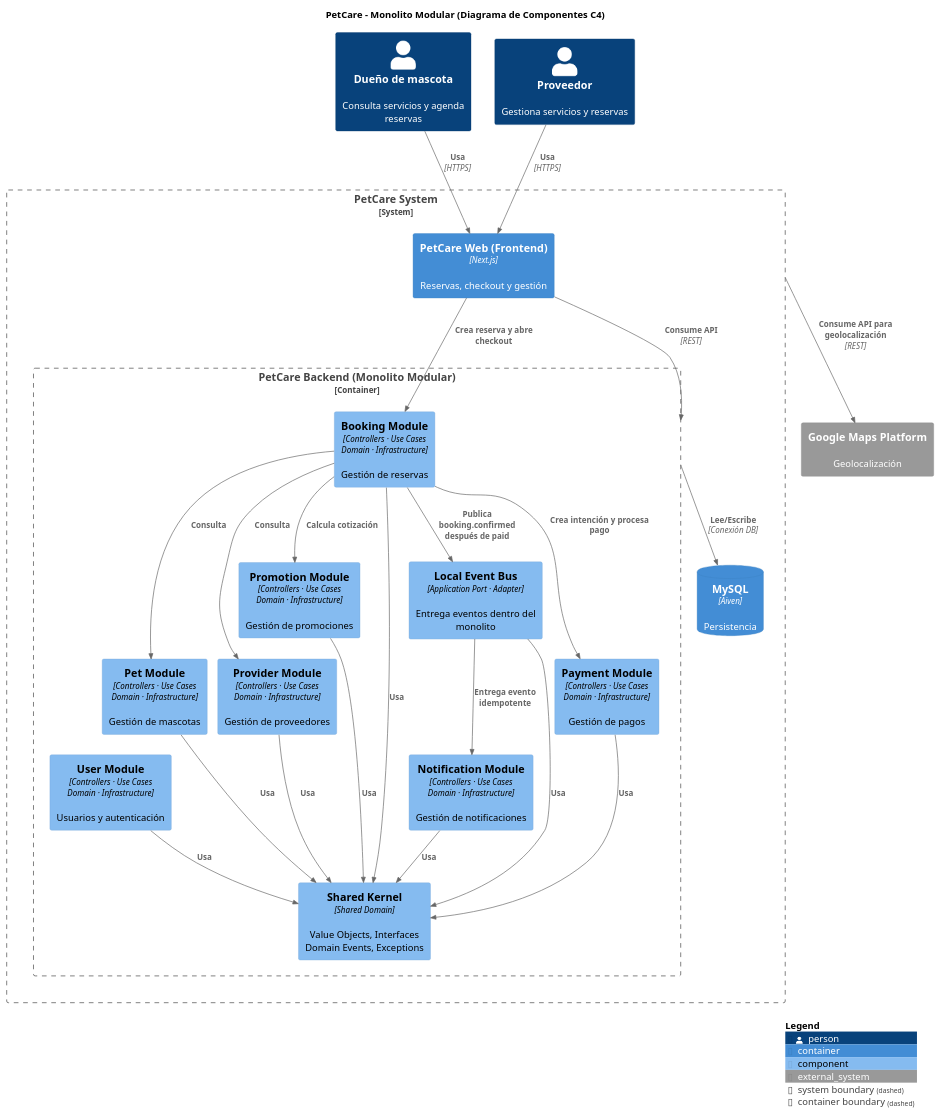
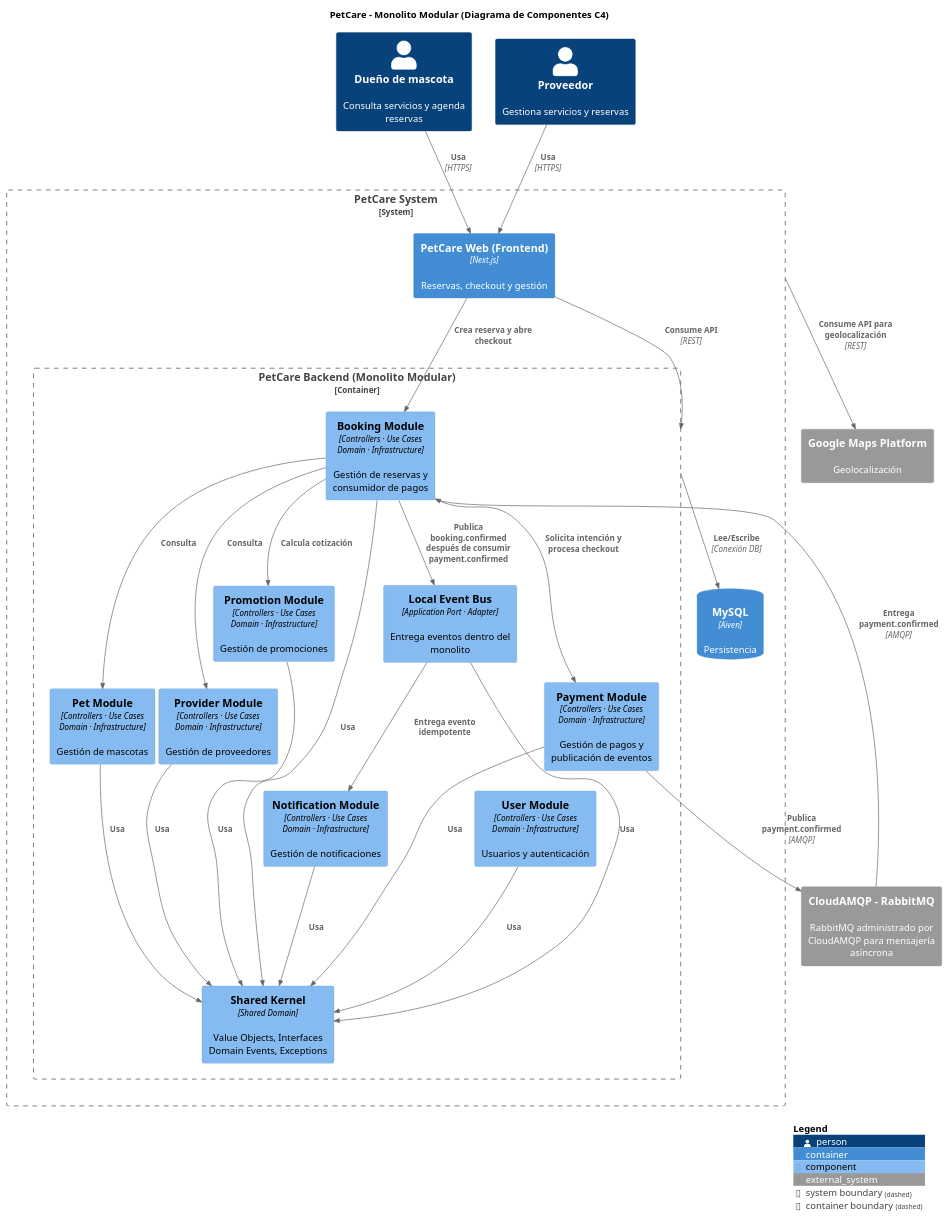
One commit to guissLib/petcare-backend changed the diagram in Diagrams/03-components.puml. Above: the diagram before and after it, drawn with PlantUML. The commit also changed 27 other files, not shown here.

```diff
--- a/Diagrams/03-components.puml
+++ b/Diagrams/03-components.puml
@@ -1,63 +1,118 @@
 @startuml
+
 !include https://raw.githubusercontent.com/plantuml-stdlib/C4-PlantUML/master/C4_Component.puml
 
 title PetCare - Monolito Modular (Diagrama de Componentes C4)
 
 Person(owner, "Dueño de mascota", "Consulta servicios y agenda reservas")
 Person(providerUser, "Proveedor", "Gestiona servicios y reservas")
 
 System_Boundary(petcare, "PetCare System") {
-    
+
     Container(web, "PetCare Web (Frontend)", "Next.js", "Reservas, checkout y gestión")
 
     Container_Boundary(backend, "PetCare Backend (Monolito Modular)") {
-        Component(booking, "Booking Module", "Controllers · Use Cases\nDomain · Infrastructure", "Gestión de reservas")
-        Component(payment, "Payment Module", "Controllers · Use Cases\nDomain · Infrastructure", "Gestión de pagos")
+
+        Component(booking, "Booking Module", "Controllers · Use Cases\nDomain · Infrastructure", "Gestión de reservas y consumidor de pagos")
+
+        Component(payment, "Payment Module", "Controllers · Use Cases\nDomain · Infrastructure", "Gestión de pagos y publicación de eventos")
+
         Component(user, "User Module", "Controllers · Use Cases\nDomain · Infrastructure", "Usuarios y autenticación")
+
         Component(pet, "Pet Module", "Controllers · Use Cases\nDomain · Infrastructure", "Gestión de mascotas")
+
         Component(provider, "Provider Module", "Controllers · Use Cases\nDomain · Infrastructure", "Gestión de proveedores")
+
         Component(notification, "Notification Module", "Controllers · Use Cases\nDomain · Infrastructure", "Gestión de notificaciones")
+
         Component(promotion, "Promotion Module", "Controllers · Use Cases\nDomain · Infrastructure", "Gestión de promociones")
+
         Component(shared, "Shared Kernel", "Shared Domain", "Value Objects, Interfaces\nDomain Events, Exceptions")
+
         Component(eventBus, "Local Event Bus", "Application Port · Adapter", "Entrega eventos dentro del monolito")
     }
 
     ContainerDb(database, "MySQL", "Aiven", "Persistencia")
 }
 
 System_Ext(maps, "Google Maps Platform", "Geolocalización")
 
+System_Ext(rabbitmq, "CloudAMQP - RabbitMQ", "RabbitMQ administrado por CloudAMQP para mensajería asíncrona")
+
+
+' =========================================================
 ' 1. Flujo de entrada de usuarios
+' =========================================================
+
 Rel(owner, web, "Usa", "HTTPS")
 Rel(providerUser, web, "Usa", "HTTPS")
 
-' 2. Web a Backend (Conexión abstracta al contexto del monolito)
+
+' =========================================================
+' 2. Web a Backend
+' =========================================================
+
 Rel(web, backend, "Consume API", "REST")
 
-' 3. Comunicación interna y confirmación post-pago
+
+' =========================================================
+' 3. Comunicación interna
+' =========================================================
+
 Rel(web, booking, "Crea reserva y abre checkout")
-Rel(booking, payment, "Crea intención y procesa pago")
+
+Rel(booking, payment, "Solicita intención y procesa checkout")
+
 Rel(booking, pet, "Consulta")
 Rel(booking, provider, "Consulta")
 Rel(booking, promotion, "Calcula cotización")
-Rel(booking, eventBus, "Publica booking.confirmed después de paid")
+
+
+' =========================================================
+' 4. Mensajería asíncrona mediante RabbitMQ / CloudAMQP
+' =========================================================
+
+Rel(payment, rabbitmq, "Publica payment.confirmed", "AMQP")
+
+Rel(rabbitmq, booking, "Entrega payment.confirmed", "AMQP")
+
+
+' =========================================================
+' 5. Event Bus local para eventos internos
+' =========================================================
+
+Rel(booking, eventBus, "Publica booking.confirmed después de consumir payment.confirmed")
 Rel(eventBus, notification, "Entrega evento idempotente")
 
-' 4. Dependencias al Shared Kernel 
+
+' =========================================================
+' 6. Dependencias al Shared Kernel
+' =========================================================
+
 Rel(booking, shared, "Usa")
 Rel(payment, shared, "Usa")
 Rel(user, shared, "Usa")
 Rel(pet, shared, "Usa")
 Rel(provider, shared, "Usa")
 Rel(notification, shared, "Usa")
 Rel(promotion, shared, "Usa")
 Rel(eventBus, shared, "Usa")
 
-' 5. Backend a Base de Datos (El backend completo apunta a la DB)
+
+' =========================================================
+' 7. Backend a Base de Datos
+' =========================================================
+
 Rel(backend, database, "Lee/Escribe", "Conexión DB")
 
-' 6. Salida al Sistema Externo (El sistema PetCare completo apunta a Maps)
+
+' =========================================================
+' 8. Salida al Sistema Externo
+' =========================================================
+
 Rel(petcare, maps, "Consume API para geolocalización", "REST")
 
+
 SHOW_LEGEND()
+
 @enduml
```
